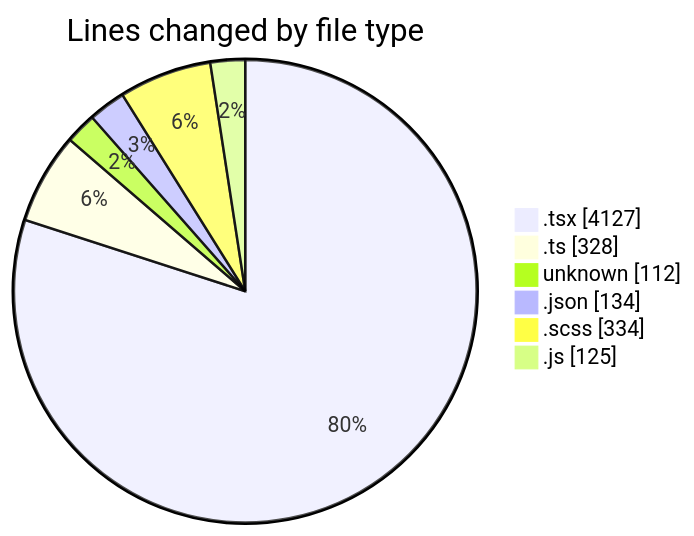
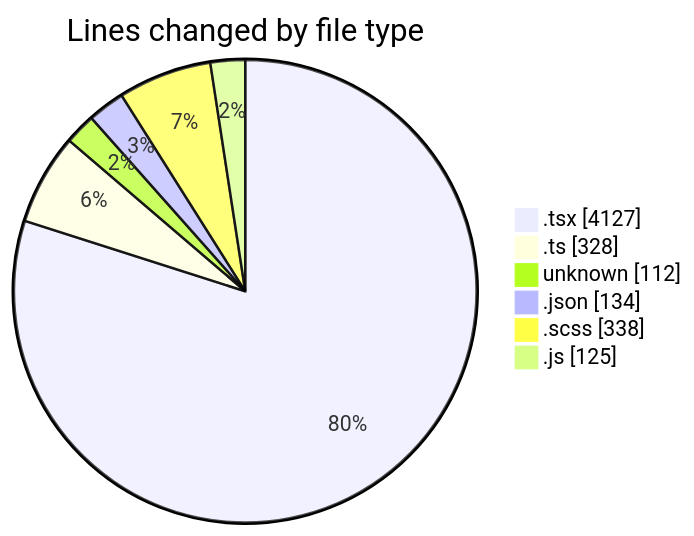
The first of 2 diagrams in 2026-04-28/cda/README.md (momahboobian/code-tracking), drawn with Mermaid before and after one commit. The commit also changed other lines of this file and 1 other file, not shown here.

````diff
--- a/2026-04-28/cda/README.md
+++ b/2026-04-28/cda/README.md
@@ -63,10 +63,10 @@
 ```mermaid
 pie showData
 title Lines changed by file type
 ".tsx" : 4127
 ".ts" : 328
 "unknown" : 112
 ".json" : 134
-".scss" : 334
+".scss" : 338
 ".js" : 125
 ```
````
